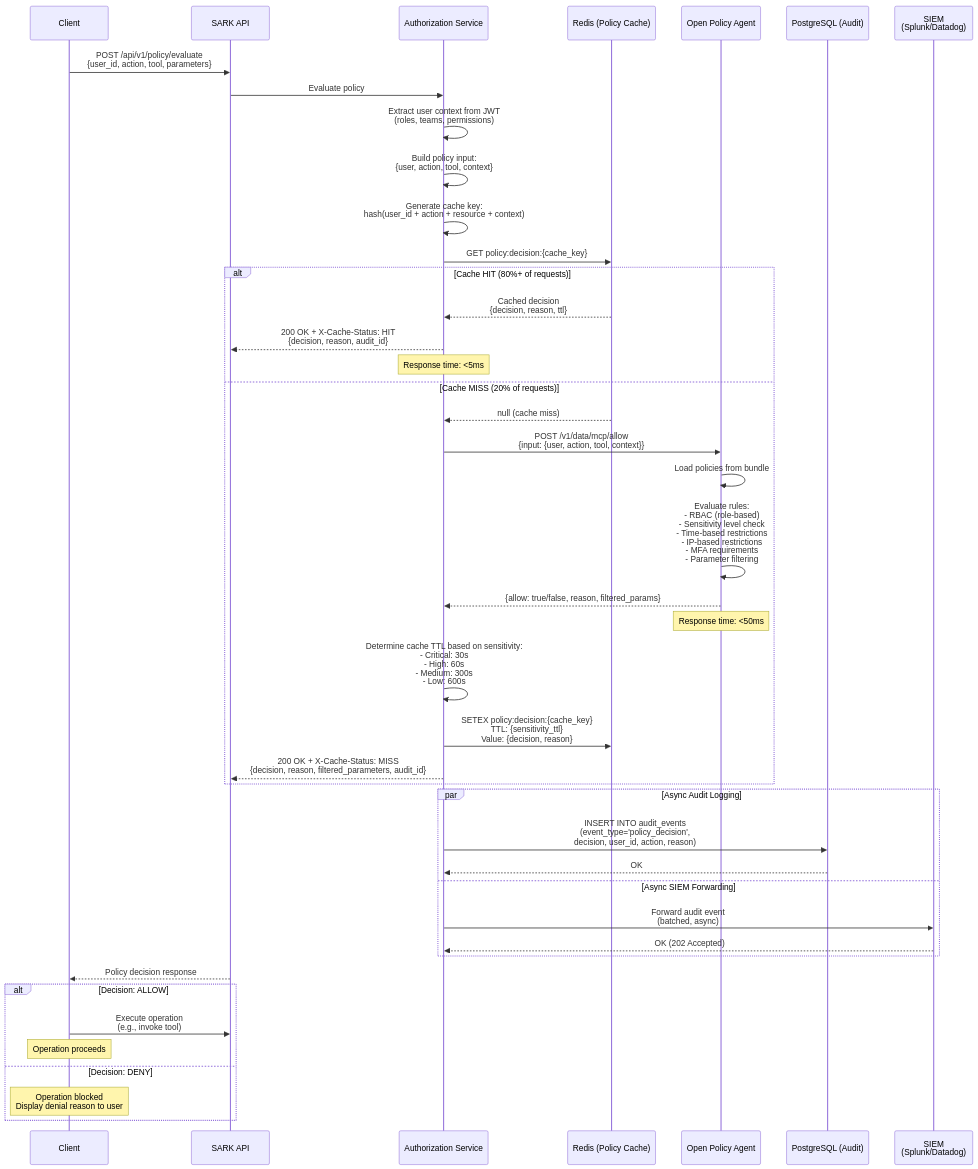
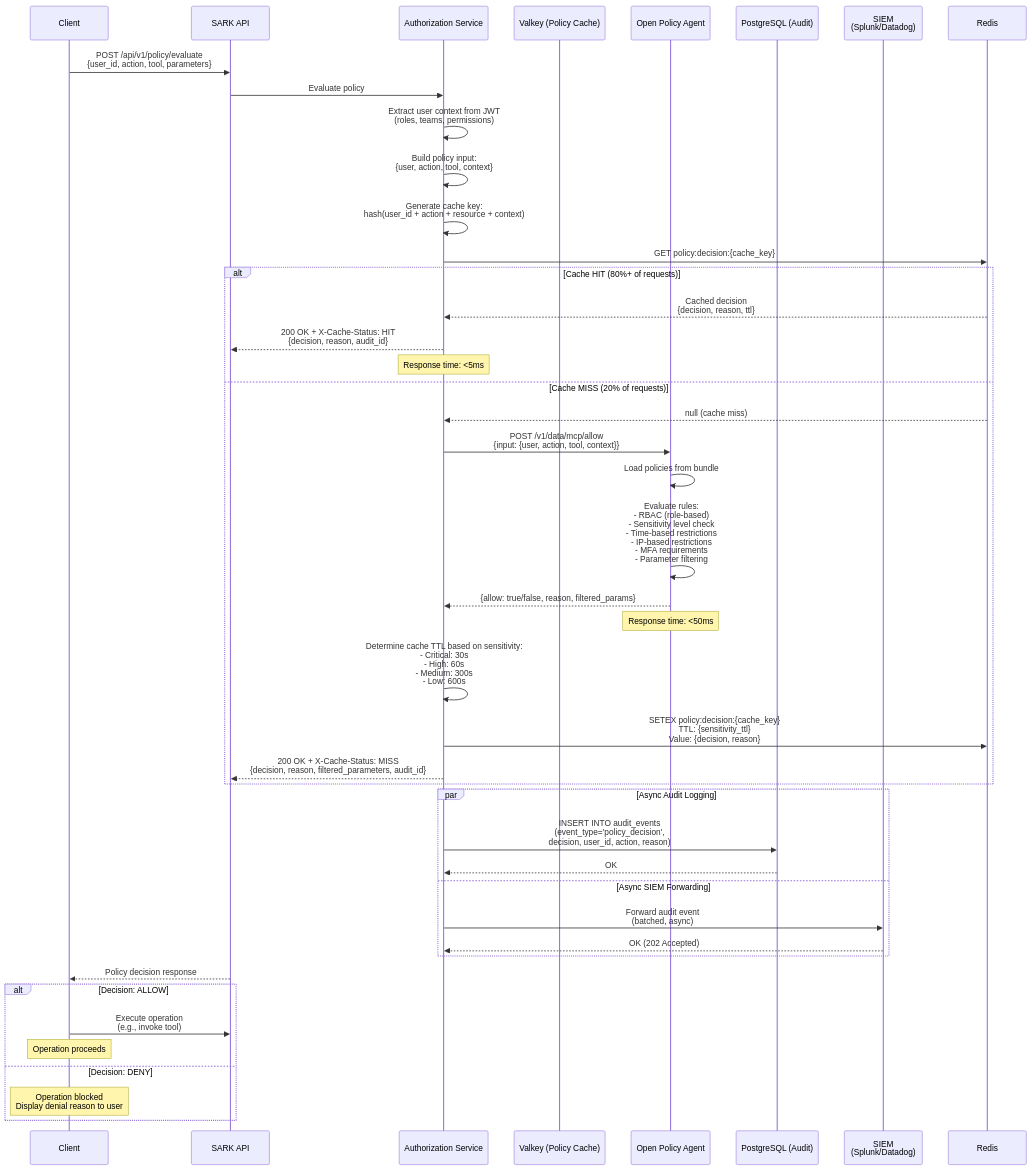
The sixth of 15 diagrams in docs/ARCHITECTURE.md (apathy-ca/sark), drawn with Mermaid before and after one commit. The commit also changed other lines of this file and 68 other files, not shown here.

First line of the commit message:
refactor: migrate from Redis to Valkey

````diff
--- a/docs/ARCHITECTURE.md
+++ b/docs/ARCHITECTURE.md
@@ -290,57 +290,57 @@
 ```mermaid
 sequenceDiagram
     participant Client
     participant API as SARK API
     participant AuthZ as Authorization Service
-    participant Redis as Redis (Policy Cache)
+    participant Valkey as Valkey (Policy Cache)
     participant OPA as Open Policy Agent
     participant DB as PostgreSQL (Audit)
     participant SIEM as SIEM<br/>(Splunk/Datadog)
 
     Client->>API: POST /api/v1/policy/evaluate<br/>{user_id, action, tool, parameters}
     API->>AuthZ: Evaluate policy
 
     AuthZ->>AuthZ: Extract user context from JWT<br/>(roles, teams, permissions)
     AuthZ->>AuthZ: Build policy input:<br/>{user, action, tool, context}
     AuthZ->>AuthZ: Generate cache key:<br/>hash(user_id + action + resource + context)
 
     AuthZ->>Redis: GET policy:decision:{cache_key}
 
     alt Cache HIT (80%+ of requests)
         Redis-->>AuthZ: Cached decision<br/>{decision, reason, ttl}
         AuthZ-->>API: 200 OK + X-Cache-Status: HIT<br/>{decision, reason, audit_id}
         Note over AuthZ: Response time: <5ms
     else Cache MISS (20% of requests)
         Redis-->>AuthZ: null (cache miss)
 
         AuthZ->>OPA: POST /v1/data/mcp/allow<br/>{input: {user, action, tool, context}}
         OPA->>OPA: Load policies from bundle
         OPA->>OPA: Evaluate rules:<br/>- RBAC (role-based)<br/>- Sensitivity level check<br/>- Time-based restrictions<br/>- IP-based restrictions<br/>- MFA requirements<br/>- Parameter filtering
 
         OPA-->>AuthZ: {allow: true/false, reason, filtered_params}
         Note over OPA: Response time: <50ms
 
         AuthZ->>AuthZ: Determine cache TTL based on sensitivity:<br/>- Critical: 30s<br/>- High: 60s<br/>- Medium: 300s<br/>- Low: 600s
 
         AuthZ->>Redis: SETEX policy:decision:{cache_key}<br/>TTL: {sensitivity_ttl}<br/>Value: {decision, reason}
 
         AuthZ-->>API: 200 OK + X-Cache-Status: MISS<br/>{decision, reason, filtered_parameters, audit_id}
     end
 
     par Async Audit Logging
         AuthZ->>DB: INSERT INTO audit_events<br/>(event_type='policy_decision',<br/> decision, user_id, action, reason)
         DB-->>AuthZ: OK
     and Async SIEM Forwarding
         AuthZ->>SIEM: Forward audit event<br/>(batched, async)
         SIEM-->>AuthZ: OK (202 Accepted)
     end
 
     API-->>Client: Policy decision response
 
     alt Decision: ALLOW
         Client->>API: Execute operation<br/>(e.g., invoke tool)
         Note over Client: Operation proceeds
     else Decision: DENY
         Note over Client: Operation blocked<br/>Display denial reason to user
     end
 ```
````
